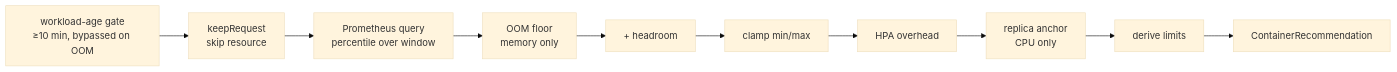
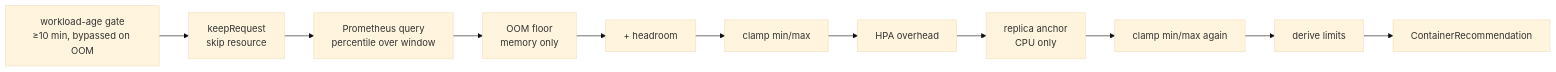
Before and after one commit to noony/k8s-sustain: the diagram in docs/concepts/recommendation-pipeline.md, drawn with Mermaid (base theme). The commit also changed other lines of this file and 47 other files, not shown here.

````diff
--- a/docs/concepts/recommendation-pipeline.md
+++ b/docs/concepts/recommendation-pipeline.md
@@ -57,11 +61,12 @@
 ```mermaid
 flowchart LR
     G[workload-age gate<br/>≥10 min, bypassed on OOM] --> K[keepRequest<br/>skip resource] --> Q[Prometheus query<br/>percentile over window]
     Q --> F[OOM floor<br/>memory only]
     F --> H[+ headroom]
     H --> C[clamp min/max]
     C --> O[HPA overhead]
     O --> R[replica anchor<br/>CPU only]
-    R --> L[derive limits]
+    R --> C2[clamp min/max again]
+    C2 --> L[derive limits]
     L --> OUT[ContainerRecommendation]
 ```
````
